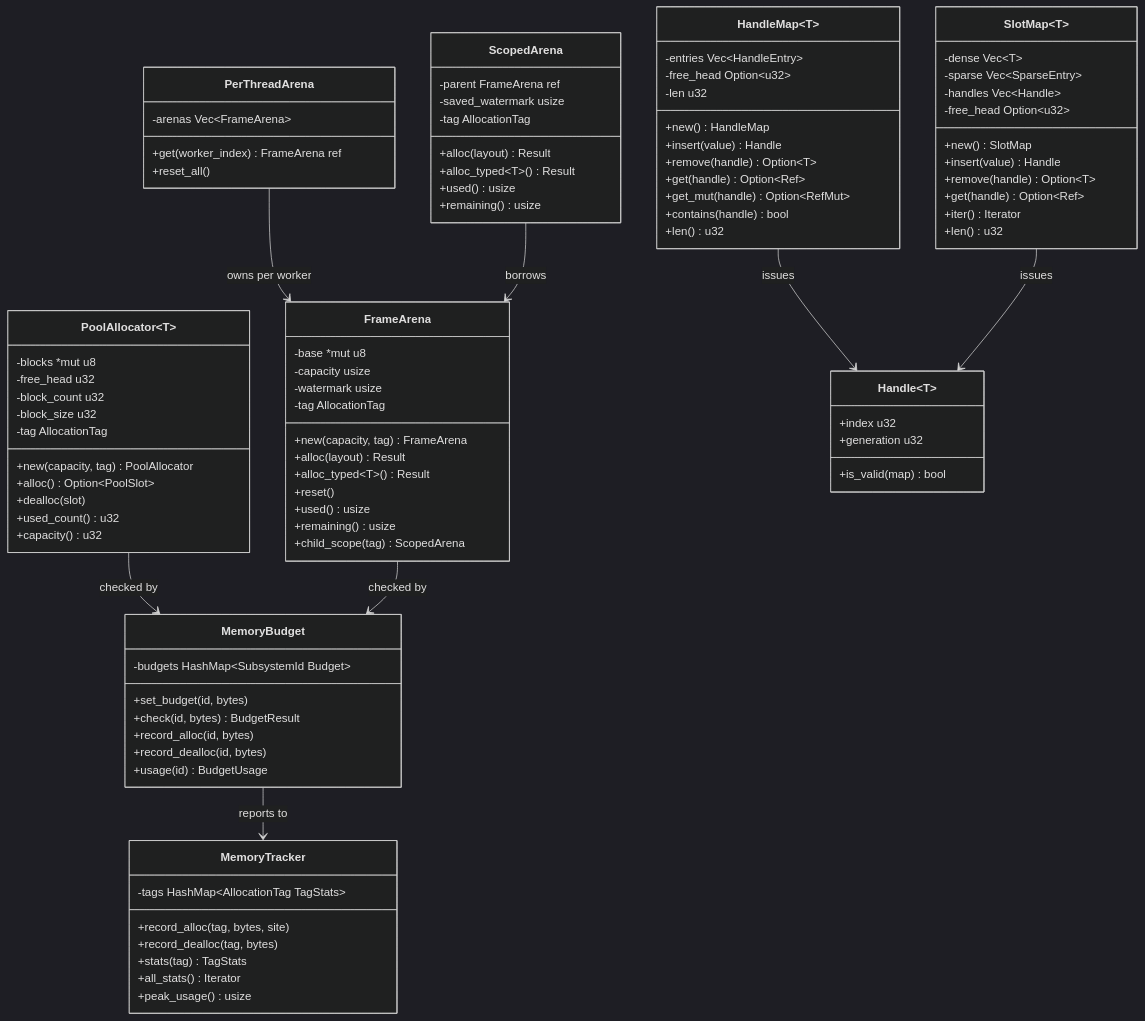
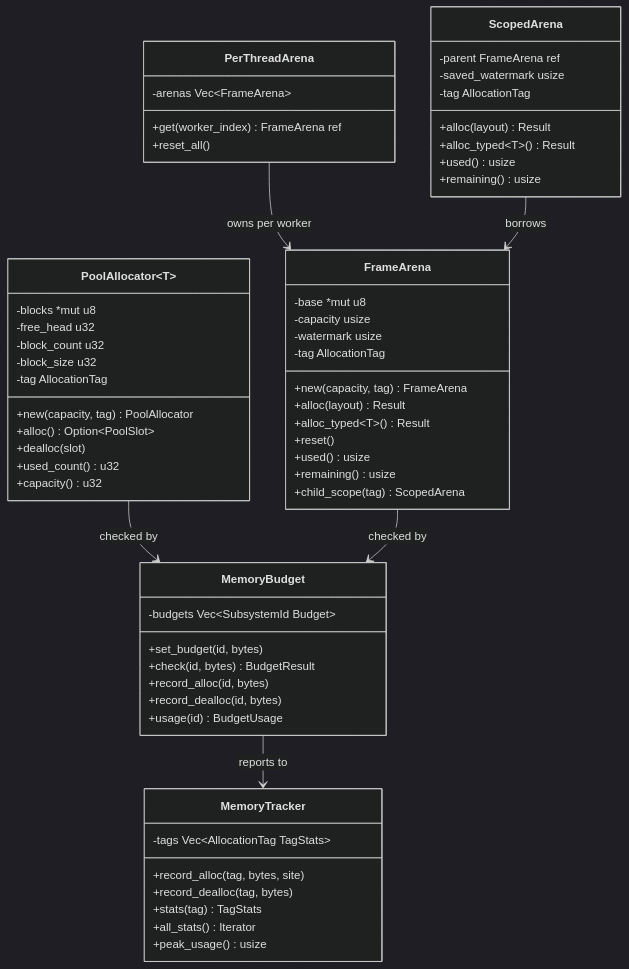
One commit to harmonius-dev/harmonius changed the fourth of 7 diagrams in docs/design/core-runtime/memory-async-io.md. Above: the diagram before and after it, drawn with Mermaid (dark theme). The commit also changed other lines of this file and 143 other files, not shown here.

```diff
--- a/docs/design/core-runtime/memory-async-io.md
+++ b/docs/design/core-runtime/memory-async-io.md
@@ -260,40 +278,8 @@
         +capacity() u32
     }
 
-    class Handle~T~ {
-        +index u32
-        +generation u32
-        +is_valid(map) bool
-    }
-
-    class HandleMap~T~ {
-        -entries Vec~HandleEntry~
-        -free_head Option~u32~
-        -len u32
-        +new() HandleMap
-        +insert(value) Handle
-        +remove(handle) Option~T~
-        +get(handle) Option~Ref~
-        +get_mut(handle) Option~RefMut~
-        +contains(handle) bool
-        +len() u32
-    }
-
-    class SlotMap~T~ {
-        -dense Vec~T~
-        -sparse Vec~SparseEntry~
-        -handles Vec~Handle~
-        -free_head Option~u32~
-        +new() SlotMap
-        +insert(value) Handle
-        +remove(handle) Option~T~
-        +get(handle) Option~Ref~
-        +iter() Iterator
-        +len() u32
-    }
-
     class MemoryBudget {
-        -budgets HashMap~SubsystemId Budget~
+        -budgets Vec~SubsystemId Budget~
         +set_budget(id, bytes)
         +check(id, bytes) BudgetResult
         +record_alloc(id, bytes)
@@ -302,7 +288,7 @@
     }
 
     class MemoryTracker {
-        -tags HashMap~AllocationTag TagStats~
+        -tags Vec~AllocationTag TagStats~
         +record_alloc(tag, bytes, site)
         +record_dealloc(tag, bytes)
         +stats(tag) TagStats
@@ -312,8 +298,6 @@
 
     PerThreadArena --> FrameArena : owns per worker
     ScopedArena --> FrameArena : borrows
-    HandleMap --> Handle : issues
-    SlotMap --> Handle : issues
     PoolAllocator --> MemoryBudget : checked by
     FrameArena --> MemoryBudget : checked by
     MemoryBudget --> MemoryTracker : reports to
```
